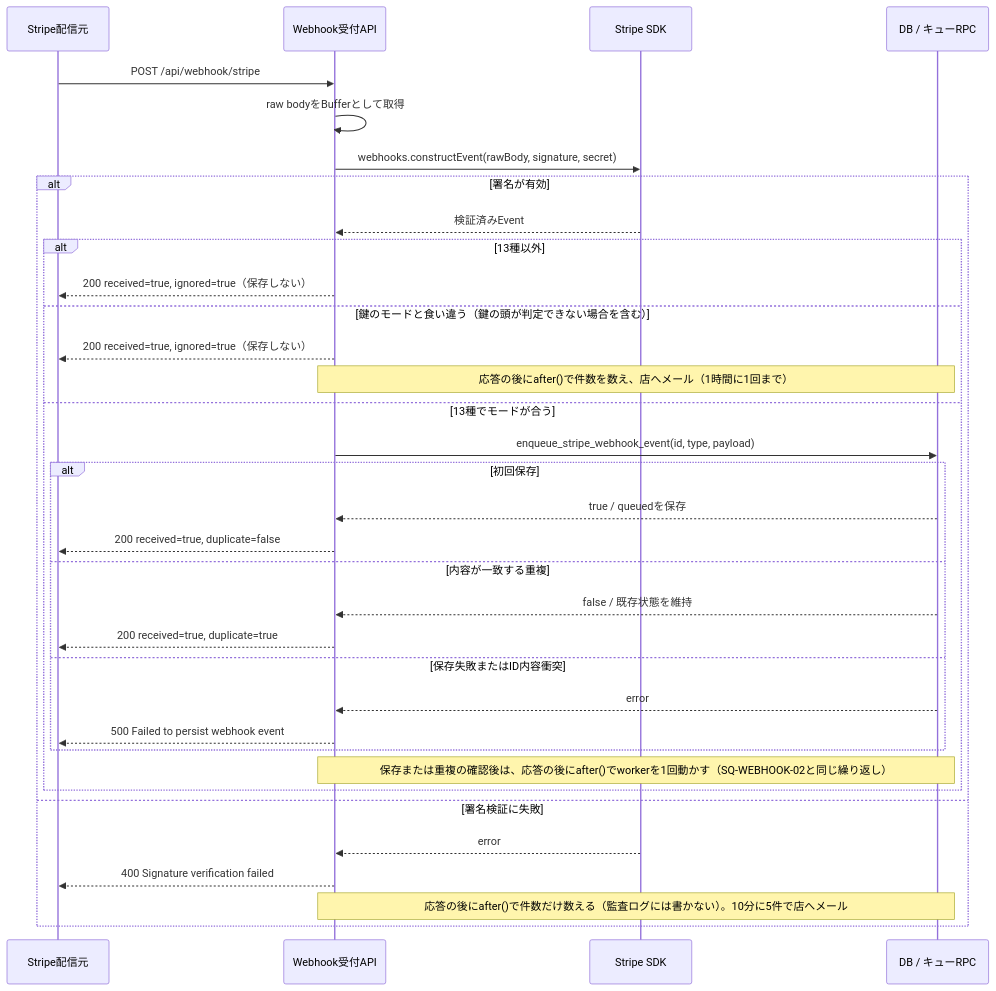
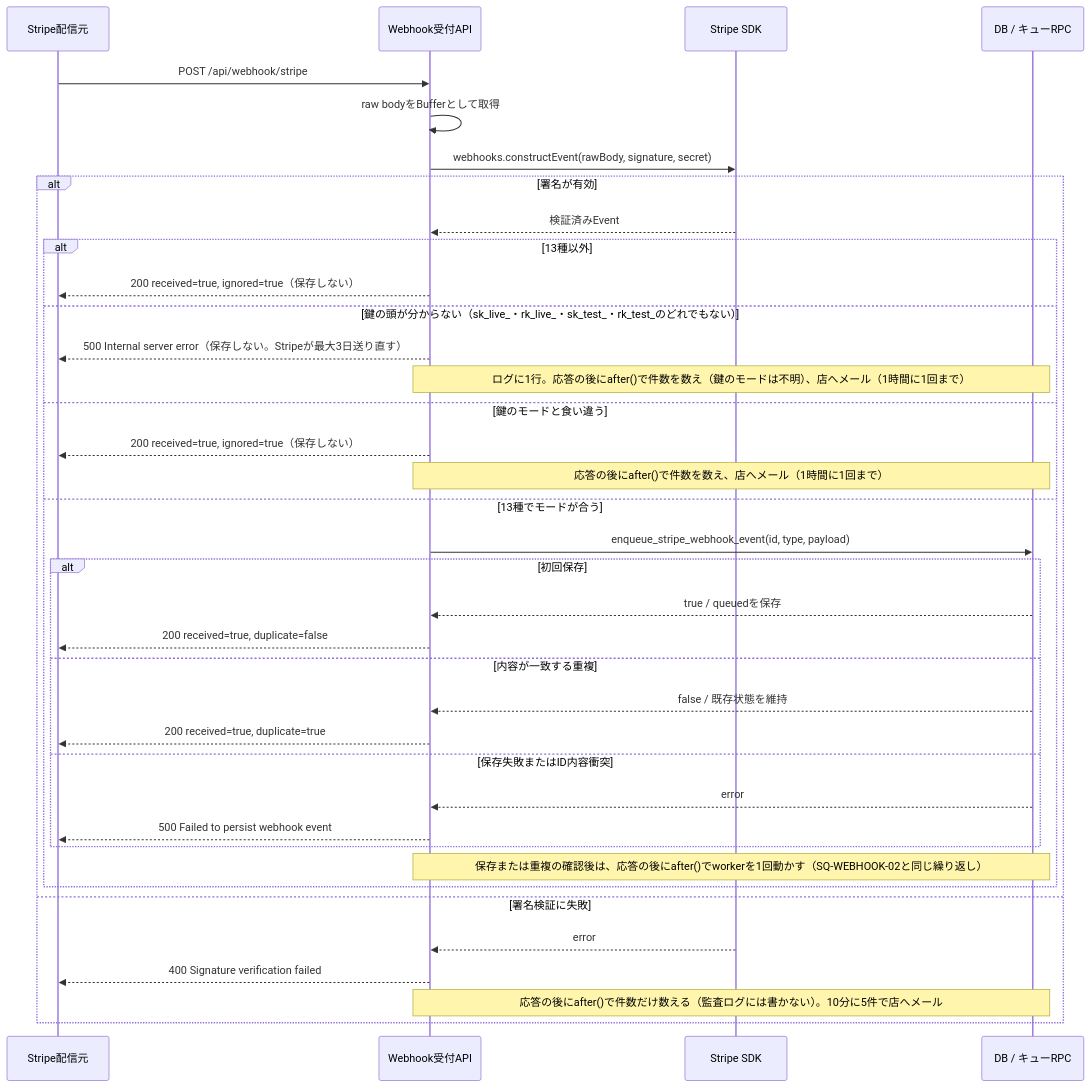
Before and after one commit to ChocoWork/o_official: the first of 2 diagrams in docs/04_DetailDesign/sequence/stripe-webhooks.md, drawn with Mermaid. The commit also changed other lines of this file and 20 other files, not shown here.

````diff
--- a/docs/04_DetailDesign/sequence/stripe-webhooks.md
+++ b/docs/04_DetailDesign/sequence/stripe-webhooks.md
@@ -29,36 +29,39 @@
 ```mermaid
 sequenceDiagram
     participant Stripe as Stripe配信元
     participant API as Webhook受付API
     participant SDK as Stripe SDK
     participant DB as DB / キューRPC
     Stripe->>API: POST /api/webhook/stripe
     API->>API: raw bodyをBufferとして取得
     API->>SDK: webhooks.constructEvent(rawBody, signature, secret)
     alt 署名が有効
         SDK-->>API: 検証済みEvent
         alt 13種以外
             API-->>Stripe: 200 received=true, ignored=true（保存しない）
-        else 鍵のモードと食い違う（鍵の頭が判定できない場合を含む）
+        else 鍵の頭が分からない（sk_live_・rk_live_・sk_test_・rk_test_のどれでもない）
+            API-->>Stripe: 500 Internal server error（保存しない。Stripeが最大3日送り直す）
+            Note over API,DB: ログに1行。応答の後にafter()で件数を数え（鍵のモードは不明）、店へメール（1時間に1回まで）
+        else 鍵のモードと食い違う
             API-->>Stripe: 200 received=true, ignored=true（保存しない）
             Note over API,DB: 応答の後にafter()で件数を数え、店へメール（1時間に1回まで）
         else 13種でモードが合う
             API->>DB: enqueue_stripe_webhook_event(id, type, payload)
             alt 初回保存
                 DB-->>API: true / queuedを保存
                 API-->>Stripe: 200 received=true, duplicate=false
             else 内容が一致する重複
                 DB-->>API: false / 既存状態を維持
                 API-->>Stripe: 200 received=true, duplicate=true
             else 保存失敗またはID内容衝突
                 DB-->>API: error
                 API-->>Stripe: 500 Failed to persist webhook event
             end
             Note over API,DB: 保存または重複の確認後は、応答の後にafter()でworkerを1回動かす（SQ-WEBHOOK-02と同じ繰り返し）
         end
     else 署名検証に失敗
         SDK-->>API: error
         API-->>Stripe: 400 Signature verification failed
         Note over API,DB: 応答の後にafter()で件数だけ数える（監査ログには書かない）。10分に5件で店へメール
     end
 ```
````
